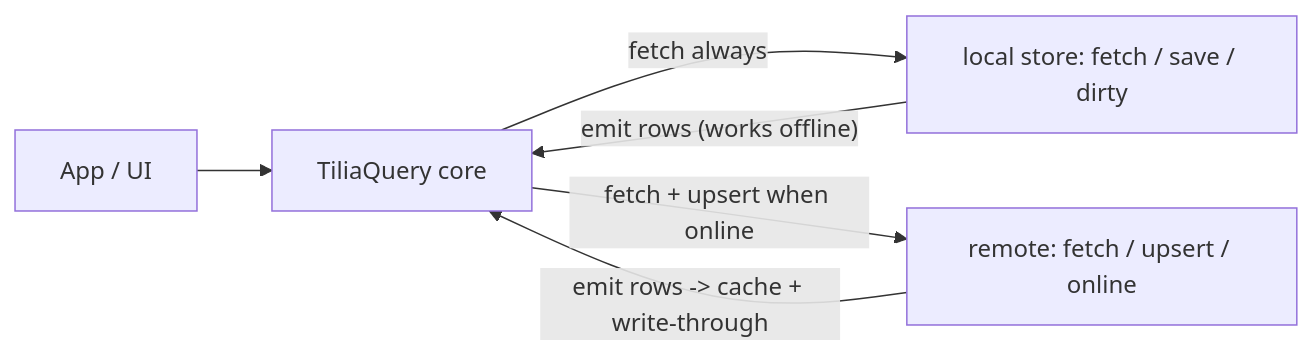
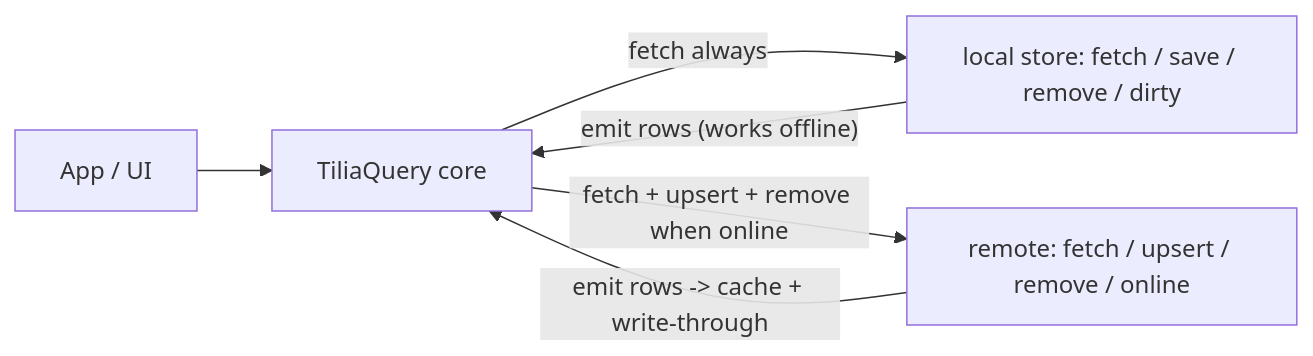
The diagram in query/README.md (tiliajs/tilia), drawn with Mermaid before and after one commit. The commit also changed other lines of this file and 14 other files, not shown here.

````diff
--- a/query/README.md
+++ b/query/README.md
@@ -36,8 +38,8 @@
 ```mermaid
 flowchart LR
   app[App / UI] --> core[TiliaQuery core]
-  core -->|"fetch always"| localStore["local store: fetch / save / dirty"]
-  core -->|"fetch + upsert when online"| remoteStore["remote: fetch / upsert / online"]
+  core -->|"fetch always"| localStore["local store: fetch / save / remove / dirty"]
+  core -->|"fetch + upsert + remove when online"| remoteStore["remote: fetch / upsert / remove / online"]
   localStore -->|"emit rows (works offline)"| core
   remoteStore -->|"emit rows -> cache + write-through"| core
 ```
````
